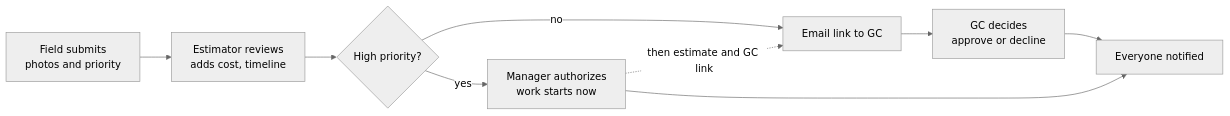
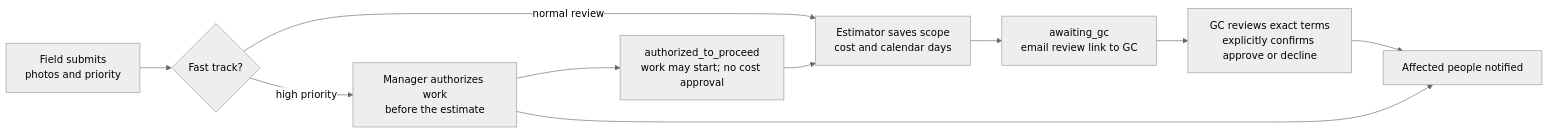
One commit to Avensky/ChangeOrder changed the first of 3 diagrams in SPECIFICATIONS-v0.2.MD. Above: the diagram before and after it, drawn with Mermaid (neutral theme). The commit also changed other lines of this file, not shown here.

Commit message:
U5: Align specification with personas, fast track and current integration status

````diff
--- a/SPECIFICATIONS-v0.2.MD
+++ b/SPECIFICATIONS-v0.2.MD
@@ -37,11 +37,12 @@
 ```mermaid
 flowchart LR
-  Field[Field submits<br/>photos and priority] --> Est[Estimator reviews<br/>adds cost, timeline]
-  Est --> P{High priority?}
-  P -- no --> Email[Email link to GC]
-  P -- yes --> Mgr[Manager authorizes<br/>work starts now]
-  Mgr -. then estimate and GC link .-> Email
-  Email --> GC[GC decides<br/>approve or decline]
-  Mgr --> Notify[Everyone notified]
+  Field[Field submits<br/>photos and priority] --> P{Fast track?}
+  P -- normal review --> Est[Estimator saves scope<br/>cost and calendar days]
+  P -- high priority --> Mgr[Manager authorizes work<br/>before the estimate]
+  Mgr --> Authorized[authorized_to_proceed<br/>work may start; no cost approval]
+  Authorized --> Est
+  Est --> Email[awaiting_gc<br/>email review link to GC]
+  Email --> GC[GC reviews exact terms<br/>explicitly confirms approve or decline]
+  Mgr --> Notify[Affected people notified]
   GC --> Notify
 ```
````
